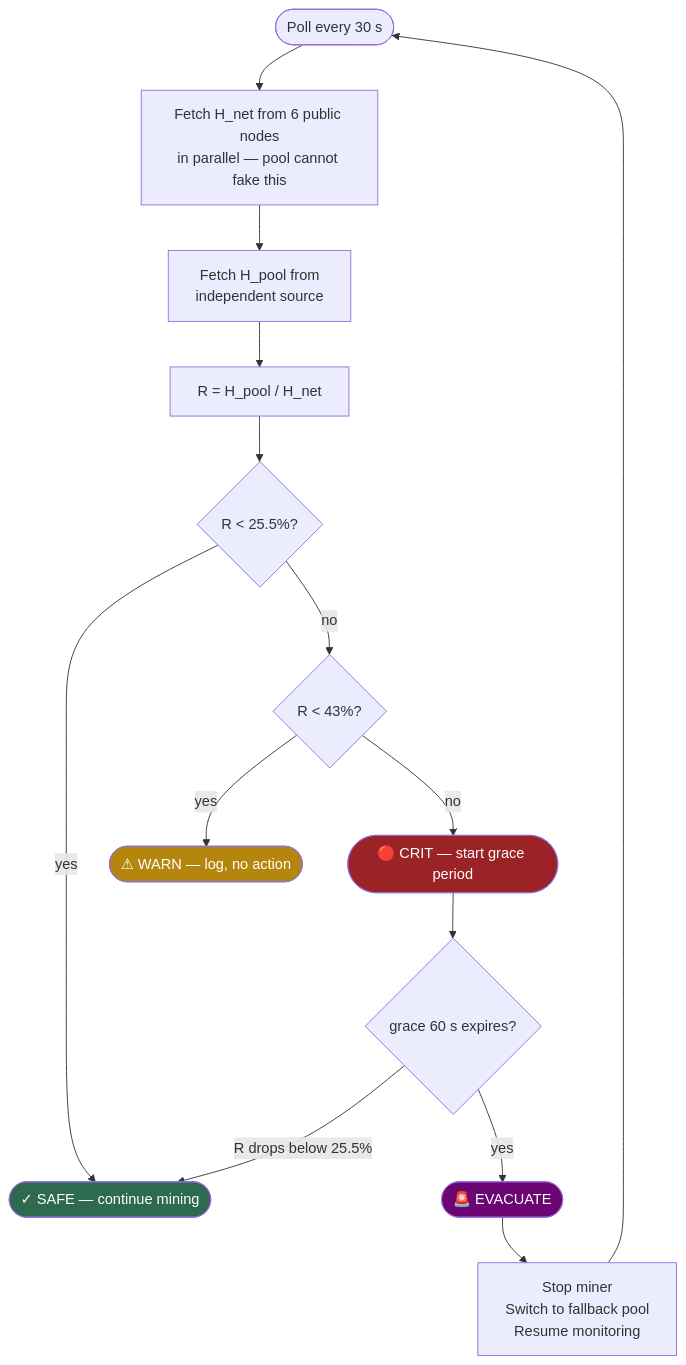
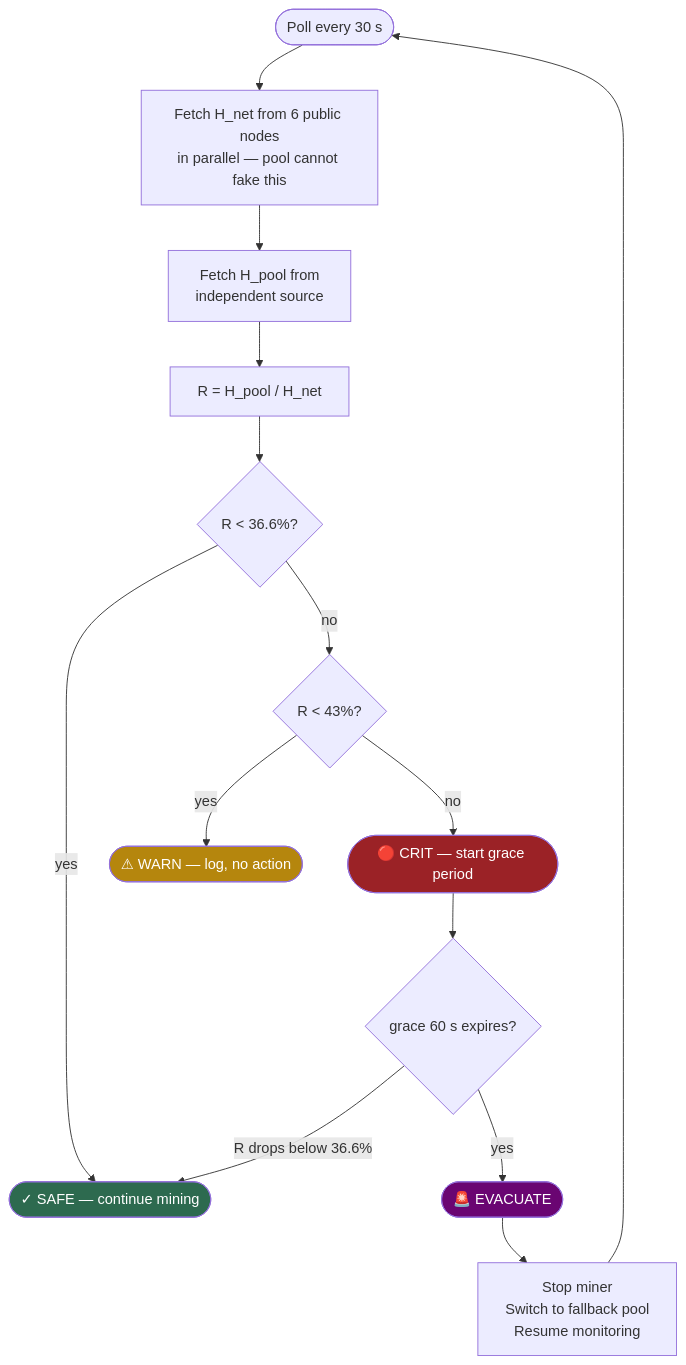
Before and after one commit to xmrigger/xmrigger: the second of 3 diagrams in README.md, drawn with Mermaid. The commit also changed other lines of this file, not shown here.

````diff
--- a/README.md
+++ b/README.md
@@ -116,24 +116,24 @@
 ```mermaid
 flowchart TD
     A([Poll every 30 s]) --> B[Fetch H_net from 6 public nodes\nin parallel — pool cannot fake this]
     B --> C[Fetch H_pool from\nindependent source]
     C --> D[R = H_pool / H_net]
 
-    D --> E{R < 25.5%?}
+    D --> E{R < 36.6%?}
     E -->|yes| F([✓ SAFE — continue mining])
 
     E -->|no| G{R < 43%?}
     G -->|yes| H([⚠ WARN — log, no action])
 
     G -->|no| I([🔴 CRIT — start grace period])
     I --> J{grace 60 s expires?}
-    J -->|R drops below 25.5%| F
+    J -->|R drops below 36.6%| F
     J -->|yes| K([🚨 EVACUATE])
     K --> L[Stop miner\nSwitch to fallback pool\nResume monitoring]
     L --> A
 
     style F fill:#2d6a4f,color:#fff
     style H fill:#b5860d,color:#fff
     style I fill:#9b2226,color:#fff
     style K fill:#6a0572,color:#fff
 ```
````
